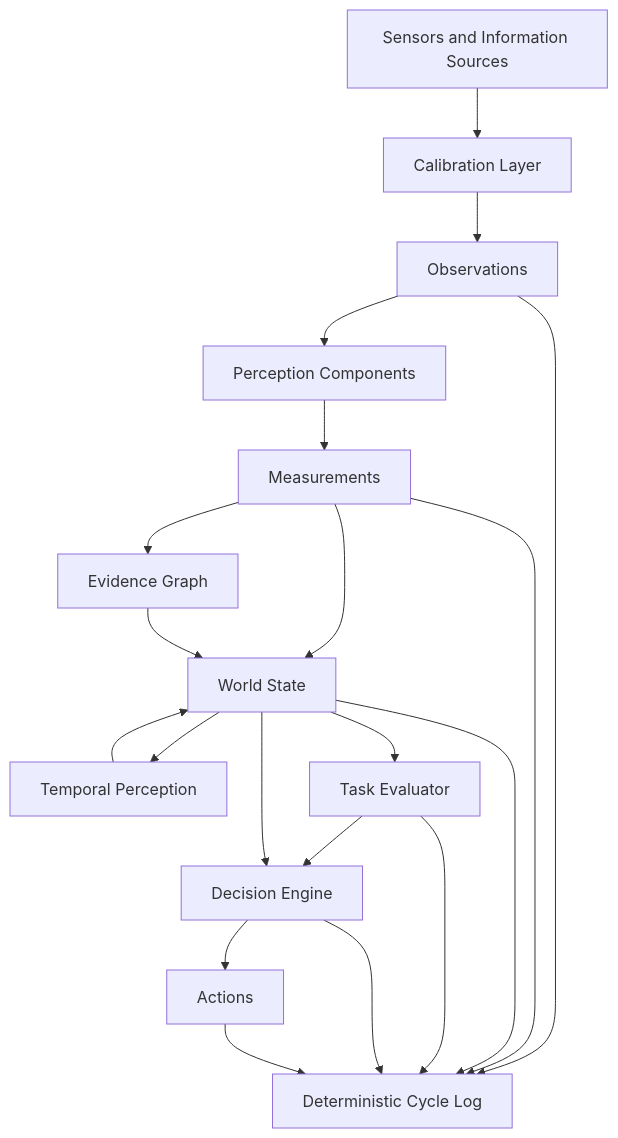
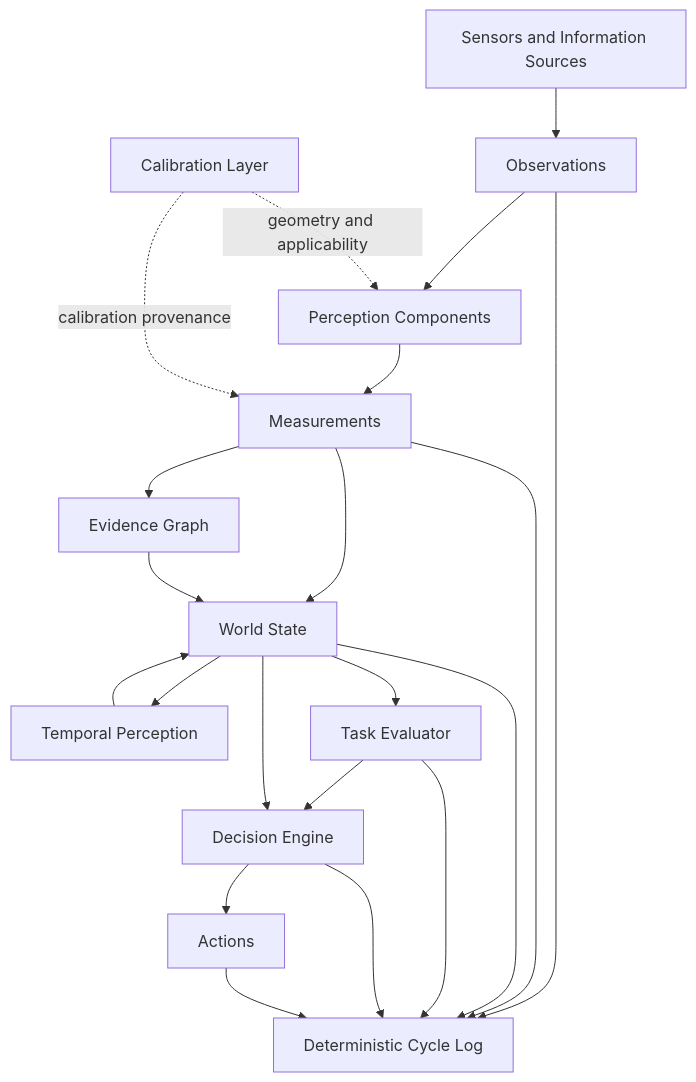
Before and after one commit to stanisked/SIE: the diagram in README.md, drawn with Mermaid. The commit also changed other lines of this file, not shown here.

````diff
--- a/README.md
+++ b/README.md
@@ -44,40 +40,41 @@
 ```mermaid
 flowchart TD
     SENSORS["Sensors and Information Sources"]
+    OBS["Observations"]
     CAL["Calibration Layer"]
-    OBS["Observations"]
     PERCEPTION["Perception Components"]
     MEAS["Measurements"]
     EVIDENCE["Evidence Graph"]
     WORLD["World State"]
     TEMPORAL["Temporal Perception"]
     TASK["Task Evaluator"]
     DECISION["Decision Engine"]
     ACTION["Actions"]
     LOG["Deterministic Cycle Log"]
 
-    SENSORS --> CAL
-    CAL --> OBS
+    SENSORS --> OBS
     OBS --> PERCEPTION
+    CAL -. "geometry and applicability" .-> PERCEPTION
     PERCEPTION --> MEAS
+    CAL -. "calibration provenance" .-> MEAS
 
     MEAS --> EVIDENCE
     MEAS --> WORLD
     EVIDENCE --> WORLD
 
     WORLD --> TEMPORAL
     TEMPORAL --> WORLD
 
     WORLD --> TASK
     TASK --> DECISION
     WORLD --> DECISION
 
     DECISION --> ACTION
 
     OBS --> LOG
     MEAS --> LOG
     WORLD --> LOG
     TASK --> LOG
     DECISION --> LOG
     ACTION --> LOG
 ```
````
